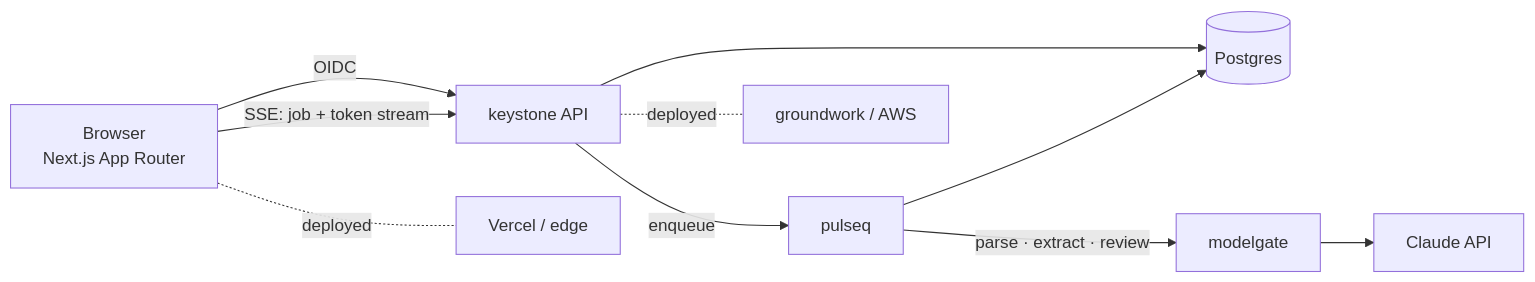
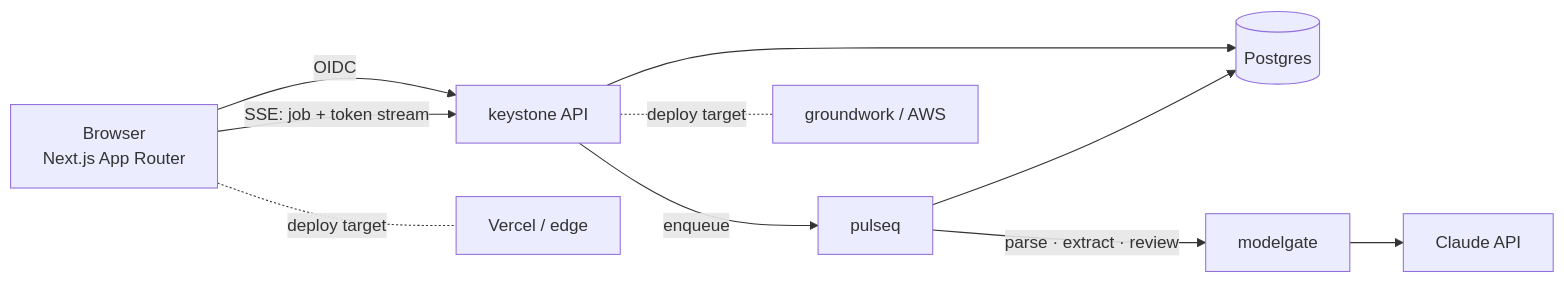
Before and after one commit to ingo4it/taskdeck: the diagram in README.md, drawn with Mermaid. The commit also changed other lines of this file and 34 other files, not shown here.

````diff
--- a/README.md
+++ b/README.md
@@ -40,12 +41,12 @@
 ```mermaid
 flowchart LR
     B[Browser<br/>Next.js App Router] -->|OIDC| KS[keystone API]
     B -->|SSE: job + token stream| KS
     KS --> PG[(Postgres)]
     KS -->|enqueue| PQ[pulseq]
     PQ -->|parse · extract · review| MG[modelgate]
     MG --> PROV[Claude API]
     PQ --> PG
-    B -. deployed .- CDN[Vercel / edge]
-    KS -. deployed .- INFRA[groundwork / AWS]
+    B -. deploy target .- CDN[Vercel / edge]
+    KS -. deploy target .- INFRA[groundwork / AWS]
 ```
````
